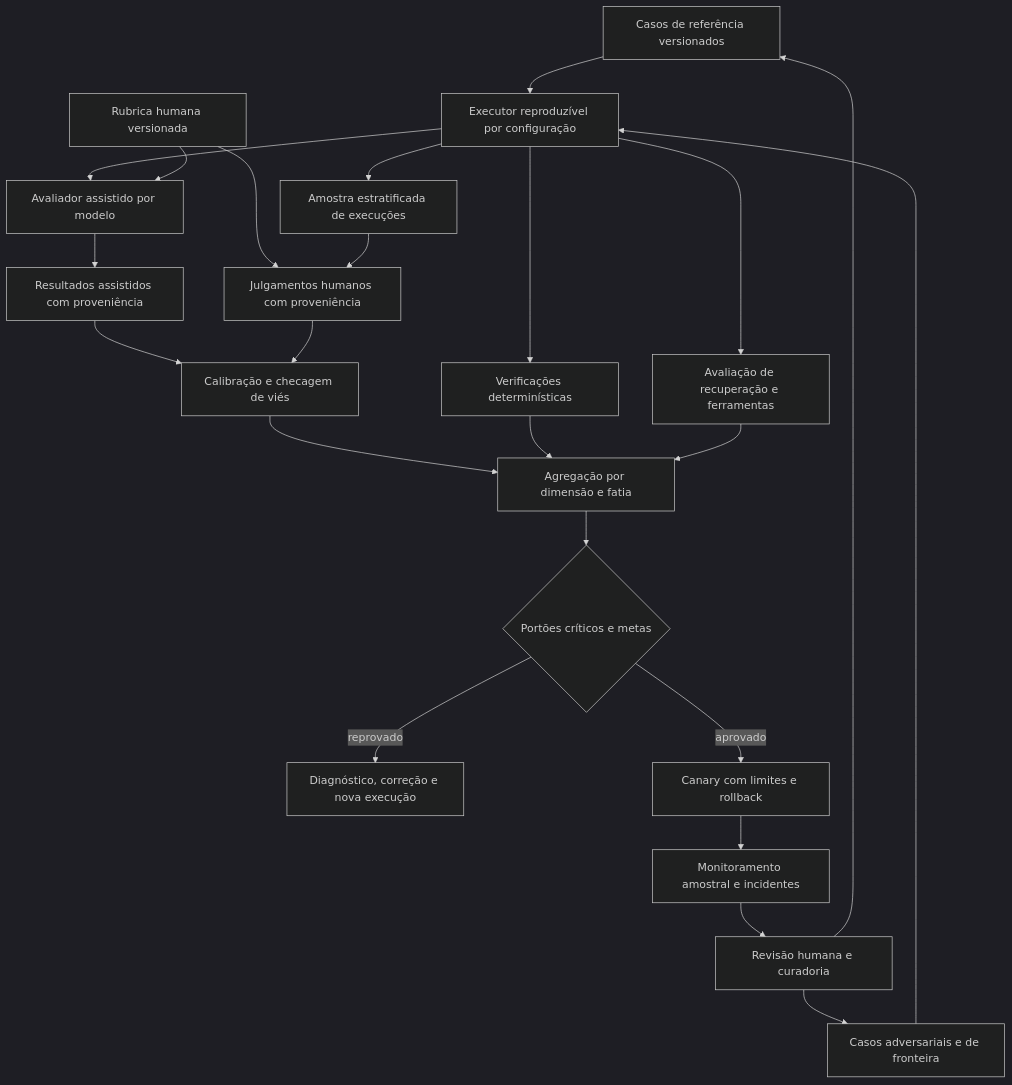
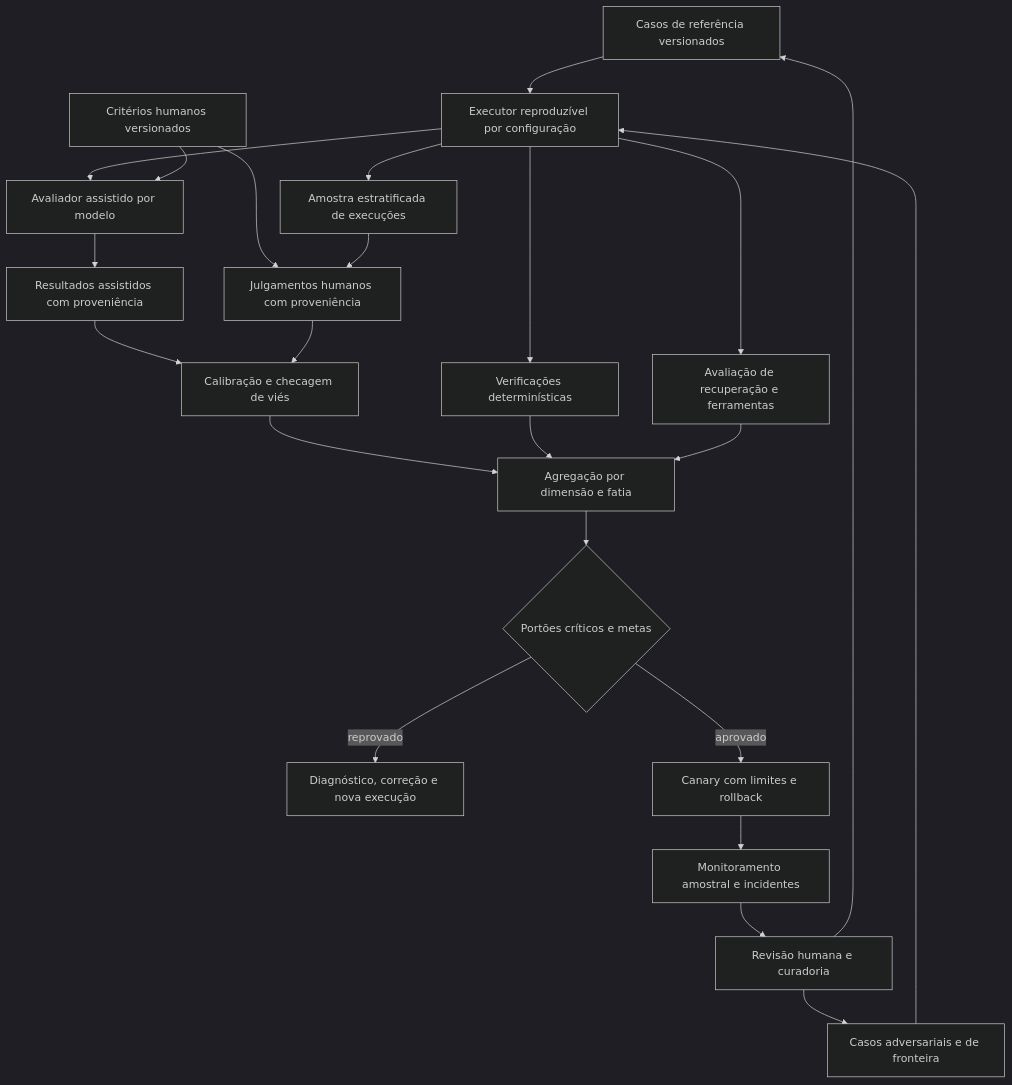
Before and after one commit to aulas-marco/arquitetura-solucoes-ia-generativa: the second of 2 diagrams in docs/modulo-5-confianca/exemplo-arquitetural.md, drawn with Mermaid (dark theme). The commit also changed other lines of this file and 12 other files, not shown here.

````diff
--- a/docs/modulo-5-confianca/exemplo-arquitetural.md
+++ b/docs/modulo-5-confianca/exemplo-arquitetural.md
@@ -64,25 +64,25 @@
 ```mermaid
 flowchart TD
     C["Casos de referência versionados"] --> X["Executor reproduzível por configuração"]
     A["Casos adversariais e de fronteira"] --> X
     X --> D["Verificações determinísticas"]
     X --> K["Avaliação de recuperação e ferramentas"]
     X --> J["Avaliador assistido por modelo"]
     J --> AM["Resultados assistidos com proveniência"]
     X --> SAMP["Amostra estratificada de execuções"]
-    RUB["Rubrica humana versionada"] --> HJ
+    RUB["Critérios humanos versionados"] --> HJ
     RUB --> J
     SAMP --> HJ["Julgamentos humanos com proveniência"]
     AM --> CAL["Calibração e checagem de viés"]
     HJ --> CAL
     CAL --> G["Agregação por dimensão e fatia"]
     D --> G
     K --> G
     G --> Q{"Portões críticos e metas"}
     Q -->|"reprovado"| F["Diagnóstico, correção e nova execução"]
     Q -->|"aprovado"| N["Canary com limites e rollback"]
     N --> O["Monitoramento amostral e incidentes"]
     O --> R["Revisão humana e curadoria"]
     R --> C
     R --> A
 ```
````
